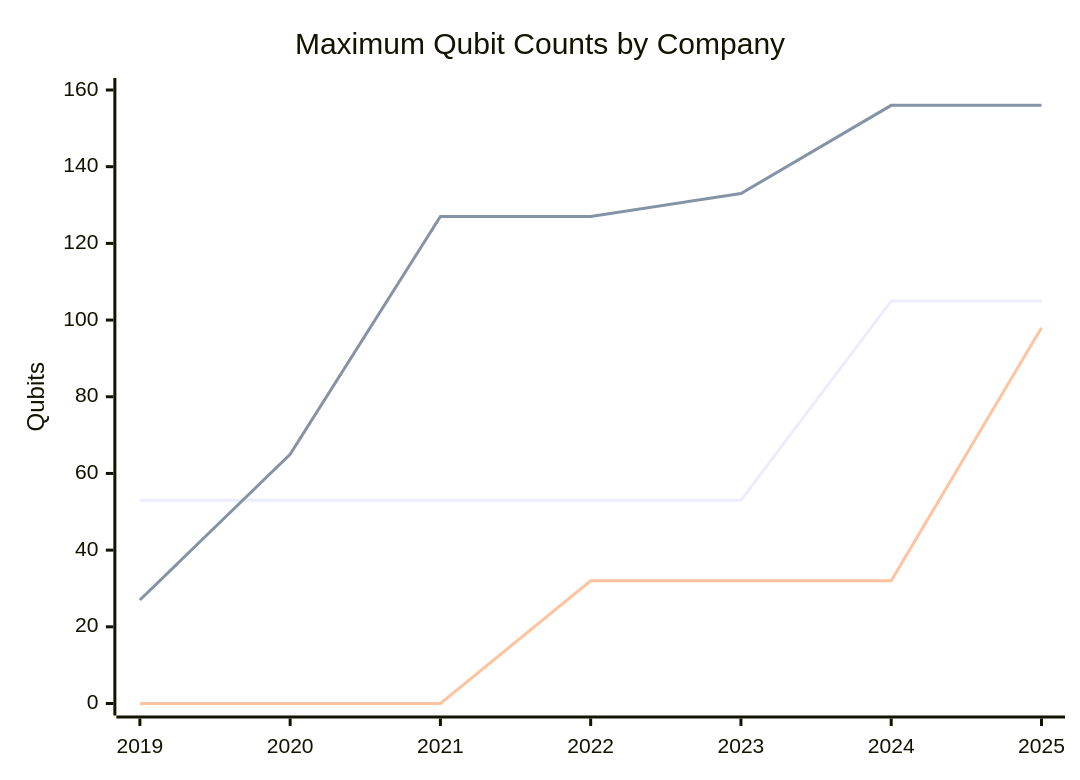
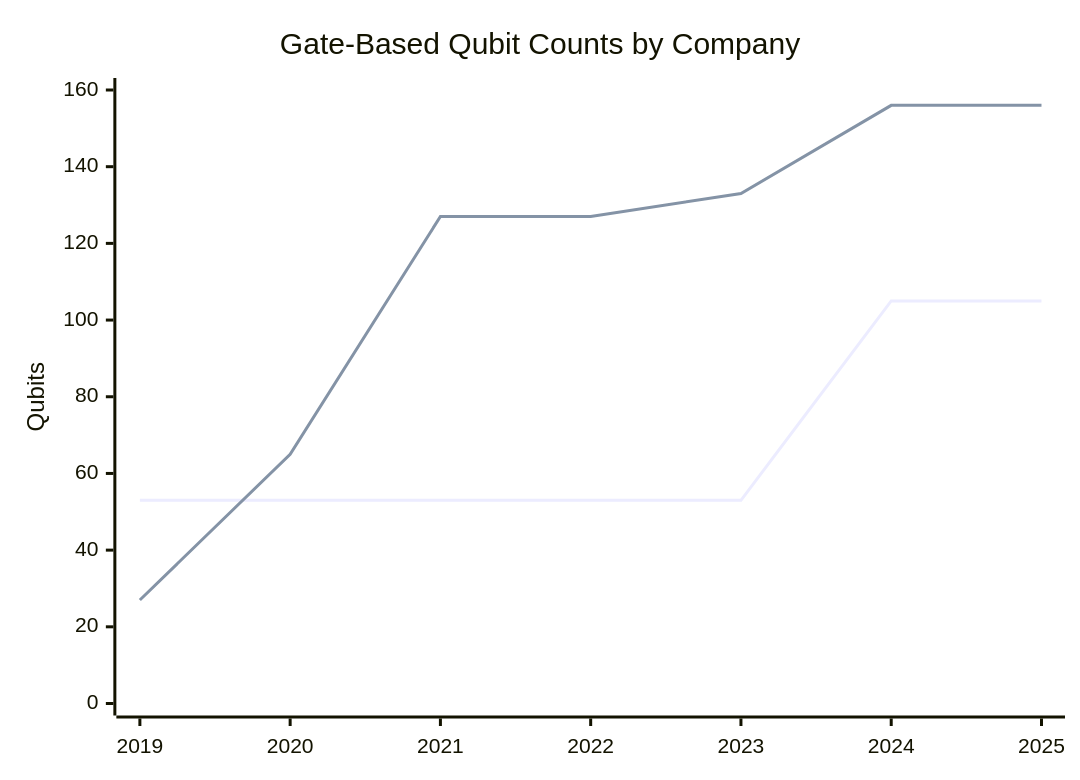
The first of 2 diagrams in pilot-2025/knowledge-beyond.md (pasky/grand-endeavors), drawn with Mermaid before and after one commit. The commit also changed other lines of this file, not shown here.

````diff
--- a/pilot-2025/knowledge-beyond.md
+++ b/pilot-2025/knowledge-beyond.md
@@ -43,9 +43,8 @@
 ```mermaid
 xychart-beta
-    title "Maximum Qubit Counts by Company"
+    title "Gate-Based Qubit Counts by Company"
     x-axis [2019, 2020, 2021, 2022, 2023, 2024, 2025]
     y-axis "Qubits" 0 --> 160
-    line "Google" [53, 53, 53, 53, 53, 105, 105]
-    line "IBM" [27, 65, 127, 127, 133, 156, 156]
-    line "Quantinuum" [0, 0, 0, 32, 32, 32, 98]
+    line [53, 53, 53, 53, 53, 105, 105]
+    line [27, 65, 127, 127, 133, 156, 156]
 ```
````
